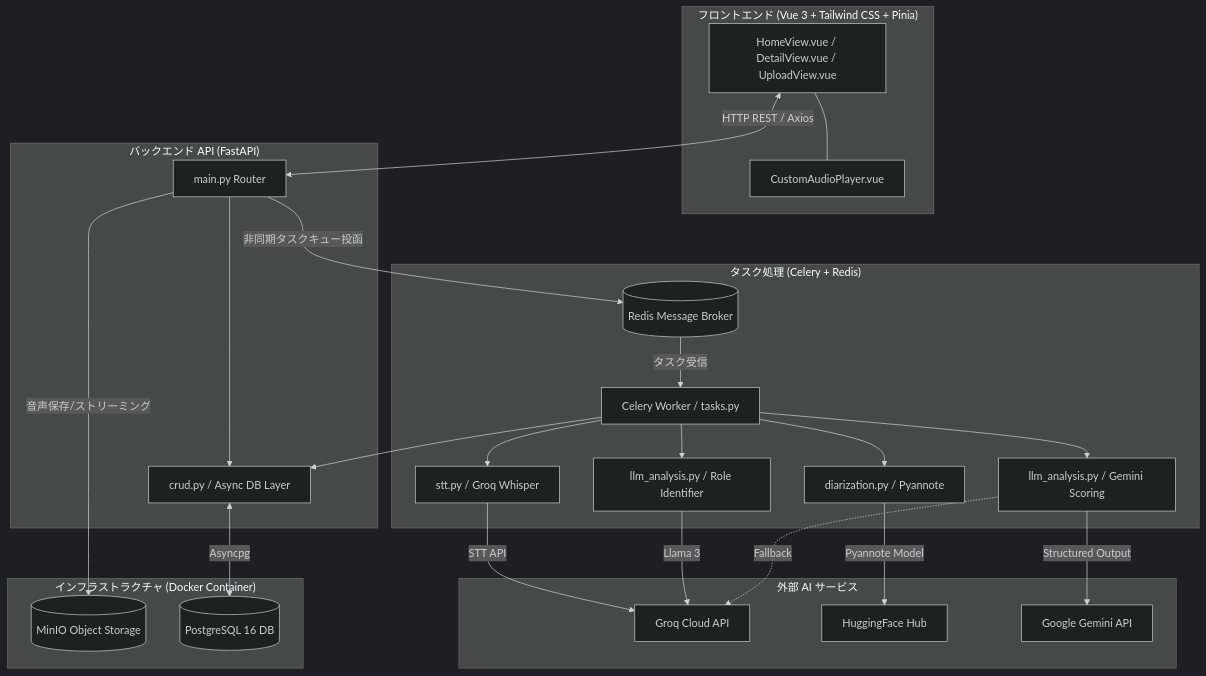
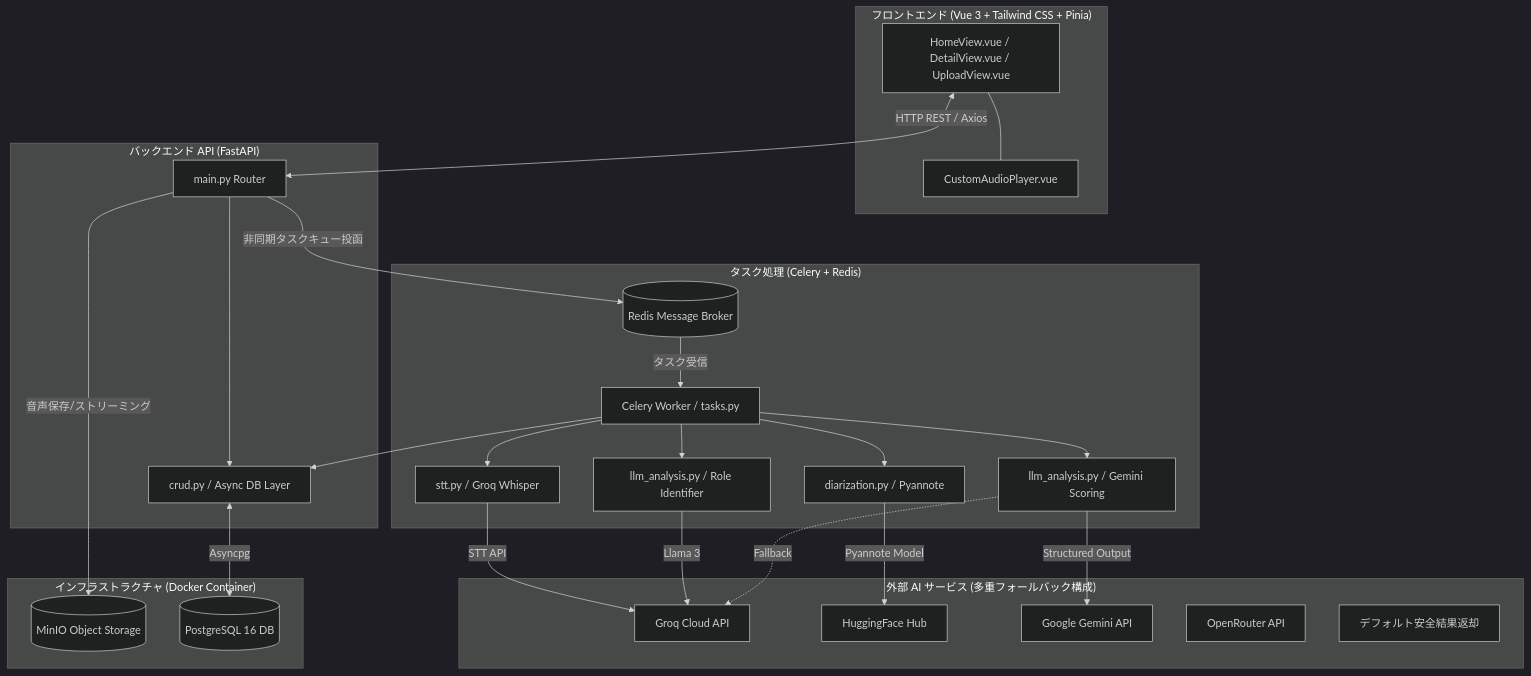
Before and after one commit to tansyu0423-creator/telesales-web-app: the first of 2 diagrams in docs/01_system_architecture.md, drawn with Mermaid (dark theme). The commit also changed other lines of this file and 21 other files, not shown here.

````diff
--- a/docs/01_system_architecture.md
+++ b/docs/01_system_architecture.md
@@ -72,53 +81,55 @@
 ```mermaid
 flowchart TB
     subgraph Frontend ["フロントエンド (Vue 3 + Tailwind CSS + Pinia)"]
         UI[HomeView.vue / DetailView.vue / UploadView.vue]
         Player[CustomAudioPlayer.vue]
     end
 
     subgraph Backend ["バックエンド API (FastAPI)"]
         API[main.py Router]
         CRUD[crud.py / Async DB Layer]
     end
 
     subgraph TaskQueue ["タスク処理 (Celery + Redis)"]
         Redis[(Redis Message Broker)]
         Worker[Celery Worker / tasks.py]
         STT_MOD[stt.py / Groq Whisper]
         DIAR_MOD[diarization.py / Pyannote]
         LLM_ROLE[llm_analysis.py / Role Identifier]
         LLM_SCORE[llm_analysis.py / Gemini Scoring]
     end
 
-    subgraph External_AI ["外部 AI サービス"]
+    subgraph External_AI ["外部 AI サービス (多重フォールバック構成)"]
         Groq_API[Groq Cloud API]
         HF_Hub[HuggingFace Hub]
         Gemini_API[Google Gemini API]
+        OpenRouter_API[OpenRouter API]
+        Safe_Return[デフォルト安全結果返却]
     end
 
     subgraph Infrastructure ["インフラストラクチャ (Docker Container)"]
         MinIO[(MinIO Object Storage)]
         Postgres[(PostgreSQL 16 DB)]
     end
 
     UI <-->|HTTP REST / Axios| API
     UI --- Player
     API -->|音声保存/ストリーミング| MinIO
     API -->|非同期タスクキュー投函| Redis
     Redis -->|タスク受信| Worker
 
     Worker --> STT_MOD
     Worker --> DIAR_MOD
     Worker --> LLM_ROLE
     Worker --> LLM_SCORE
 
     STT_MOD -->|STT API| Groq_API
     DIAR_MOD -->|Pyannote Model| HF_Hub
     LLM_ROLE -->|Llama 3| Groq_API
     LLM_SCORE -->|Structured Output| Gemini_API
     LLM_SCORE -.->|Fallback| Groq_API
 
     API --> CRUD
     Worker --> CRUD
     CRUD <-->|Asyncpg| Postgres
 ```
````
